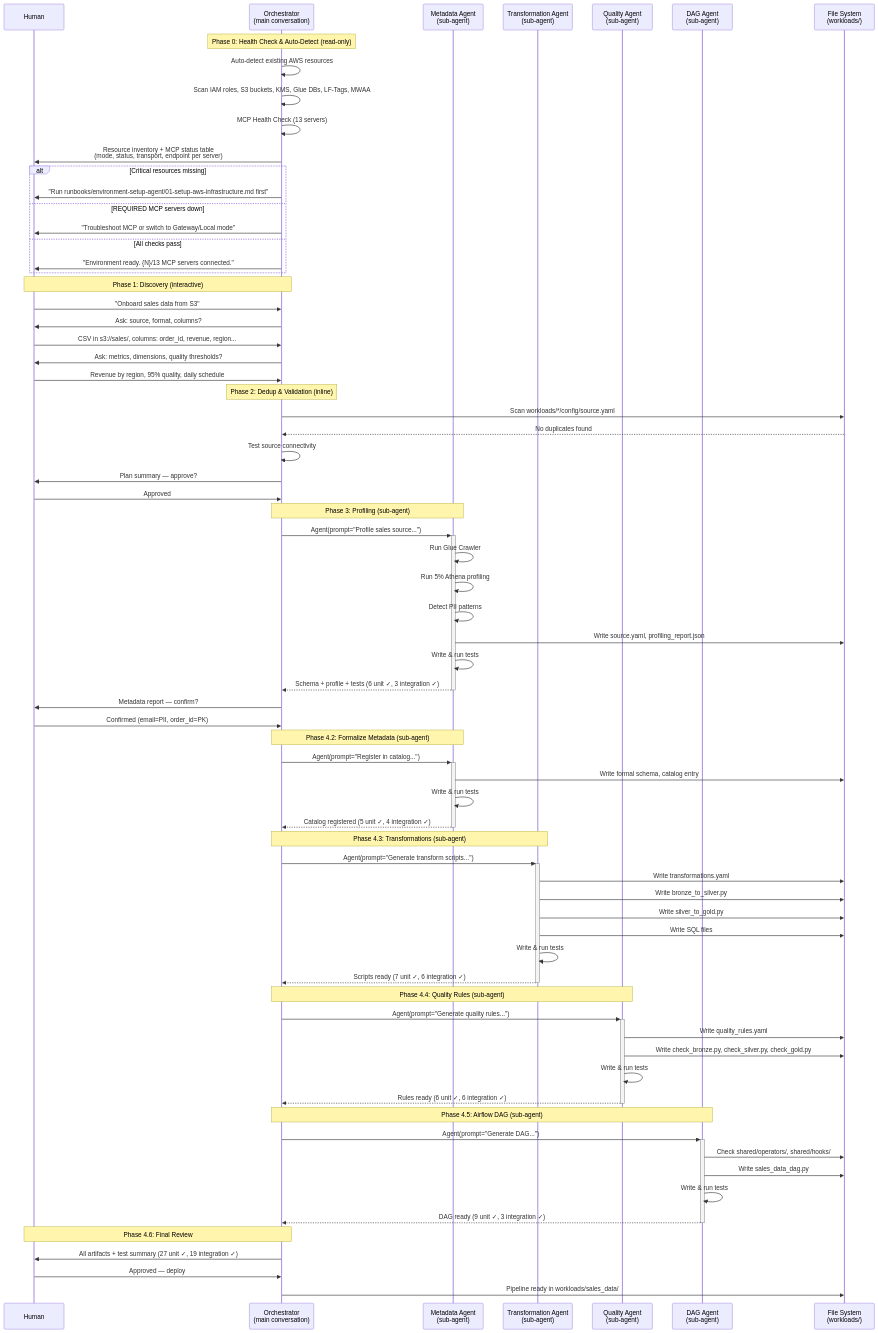
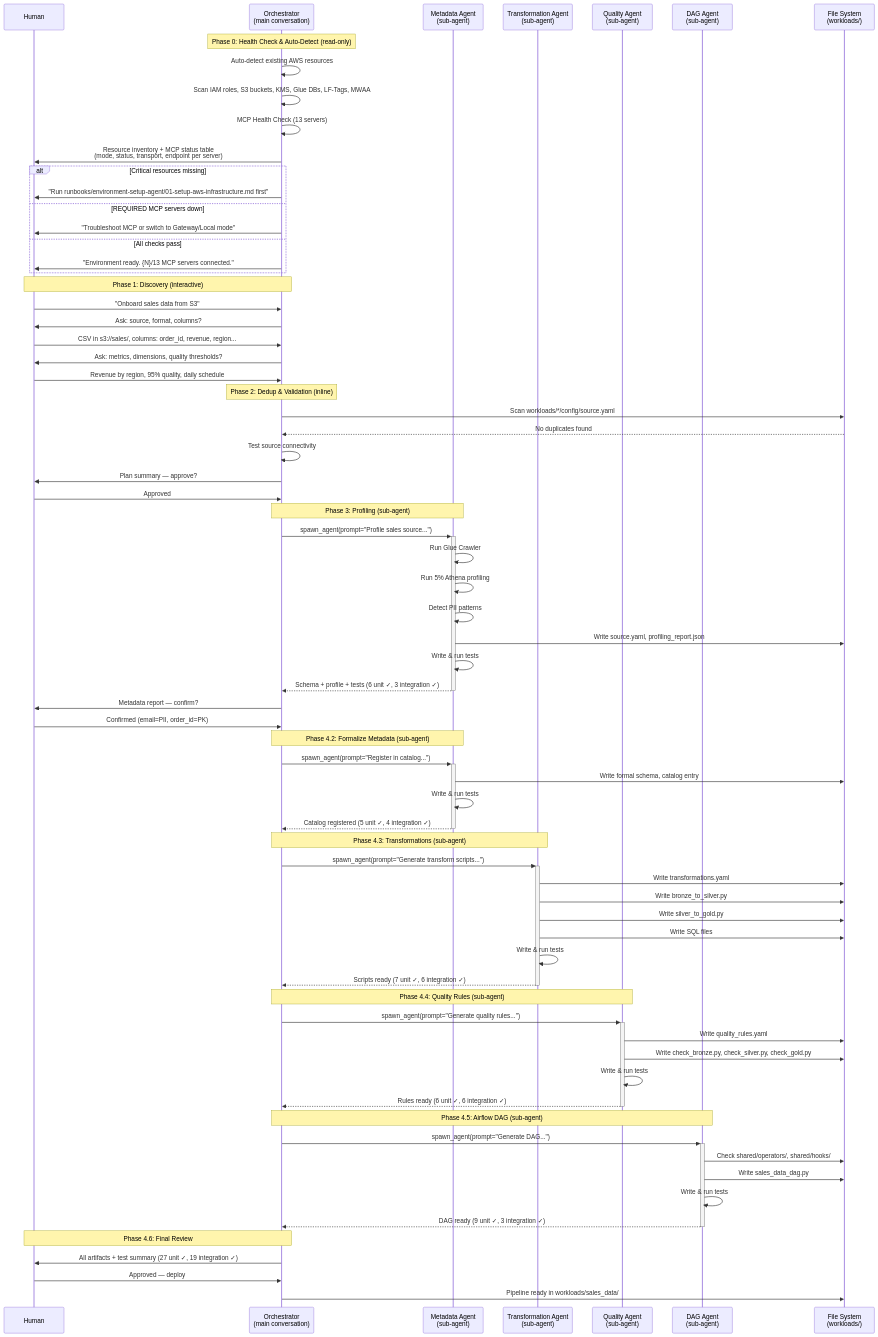
One commit to aws-samples/sample-Agentic-Ai-Data-Operations changed the second of 5 diagrams in docs/workflow-diagrams.md. Above: the diagram before and after it, drawn with Mermaid. The commit also changed 235 other files, not shown here.

````diff
--- a/docs/workflow-diagrams.md
+++ b/docs/workflow-diagrams.md
@@ -132,82 +132,82 @@
 ```mermaid
 sequenceDiagram
     participant H as Human
     participant O as Orchestrator<br/>(main conversation)
     participant M as Metadata Agent<br/>(sub-agent)
     participant T as Transformation Agent<br/>(sub-agent)
     participant Q as Quality Agent<br/>(sub-agent)
     participant D as DAG Agent<br/>(sub-agent)
     participant FS as File System<br/>(workloads/)
 
     Note over O: Phase 0: Health Check & Auto-Detect (read-only)
     O->>O: Auto-detect existing AWS resources
     O->>O: Scan IAM roles, S3 buckets, KMS, Glue DBs, LF-Tags, MWAA
     O->>O: MCP Health Check (13 servers)
     O->>H: Resource inventory + MCP status table<br/>(mode, status, transport, endpoint per server)
     alt Critical resources missing
         O->>H: "Run runbooks/environment-setup-agent/01-setup-aws-infrastructure.md first"
     else REQUIRED MCP servers down
         O->>H: "Troubleshoot MCP or switch to Gateway/Local mode"
     else All checks pass
         O->>H: "Environment ready. {N}/13 MCP servers connected."
     end
 
     Note over H,O: Phase 1: Discovery (interactive)
     H->>O: "Onboard sales data from S3"
     O->>H: Ask: source, format, columns?
     H->>O: CSV in s3://sales/, columns: order_id, revenue, region...
     O->>H: Ask: metrics, dimensions, quality thresholds?
     H->>O: Revenue by region, 95% quality, daily schedule
 
     Note over O: Phase 2: Dedup & Validation (inline)
     O->>FS: Scan workloads/*/config/source.yaml
     FS-->>O: No duplicates found
     O->>O: Test source connectivity
     O->>H: Plan summary — approve?
     H->>O: Approved
 
     Note over O,M: Phase 3: Profiling (sub-agent)
-    O->>+M: Agent(prompt="Profile sales source...")
+    O->>+M: spawn_agent(prompt="Profile sales source...")
     M->>M: Run Glue Crawler
     M->>M: Run 5% Athena profiling
     M->>M: Detect PII patterns
     M->>FS: Write source.yaml, profiling_report.json
     M->>M: Write & run tests
     M-->>-O: Schema + profile + tests (6 unit ✓, 3 integration ✓)
     O->>H: Metadata report — confirm?
     H->>O: Confirmed (email=PII, order_id=PK)
 
     Note over O,M: Phase 4.2: Formalize Metadata (sub-agent)
-    O->>+M: Agent(prompt="Register in catalog...")
+    O->>+M: spawn_agent(prompt="Register in catalog...")
     M->>FS: Write formal schema, catalog entry
     M->>M: Write & run tests
     M-->>-O: Catalog registered (5 unit ✓, 4 integration ✓)
 
     Note over O,T: Phase 4.3: Transformations (sub-agent)
-    O->>+T: Agent(prompt="Generate transform scripts...")
+    O->>+T: spawn_agent(prompt="Generate transform scripts...")
     T->>FS: Write transformations.yaml
     T->>FS: Write bronze_to_silver.py
     T->>FS: Write silver_to_gold.py
     T->>FS: Write SQL files
     T->>T: Write & run tests
     T-->>-O: Scripts ready (7 unit ✓, 6 integration ✓)
 
     Note over O,Q: Phase 4.4: Quality Rules (sub-agent)
-    O->>+Q: Agent(prompt="Generate quality rules...")
+    O->>+Q: spawn_agent(prompt="Generate quality rules...")
     Q->>FS: Write quality_rules.yaml
     Q->>FS: Write check_bronze.py, check_silver.py, check_gold.py
     Q->>Q: Write & run tests
     Q-->>-O: Rules ready (6 unit ✓, 6 integration ✓)
 
     Note over O,D: Phase 4.5: Airflow DAG (sub-agent)
-    O->>+D: Agent(prompt="Generate DAG...")
+    O->>+D: spawn_agent(prompt="Generate DAG...")
     D->>FS: Check shared/operators/, shared/hooks/
     D->>FS: Write sales_data_dag.py
     D->>D: Write & run tests
     D-->>-O: DAG ready (9 unit ✓, 3 integration ✓)
 
     Note over O,H: Phase 4.6: Final Review
     O->>H: All artifacts + test summary (27 unit ✓, 19 integration ✓)
     H->>O: Approved — deploy
     O->>FS: Pipeline ready in workloads/sales_data/
 ```
````
